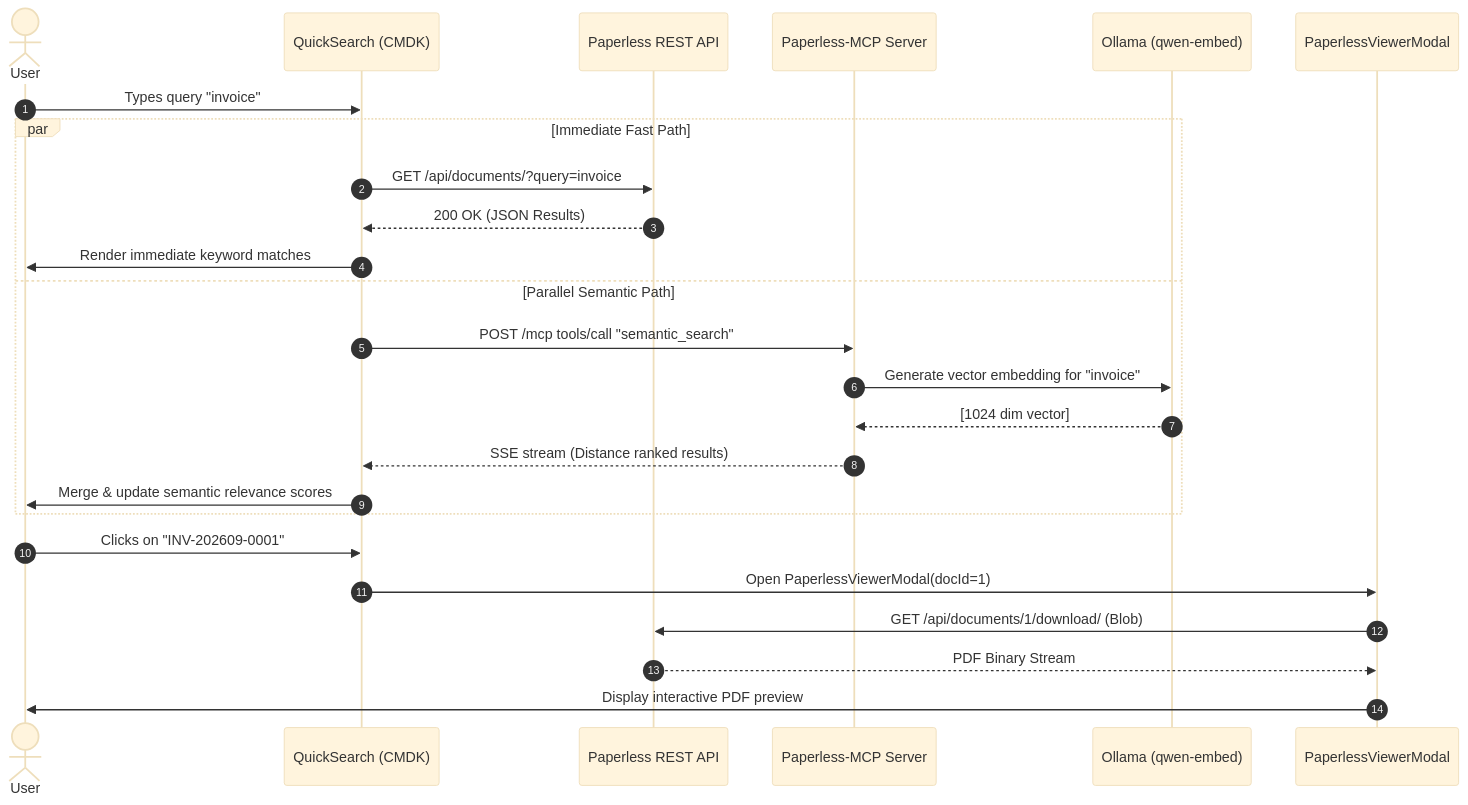
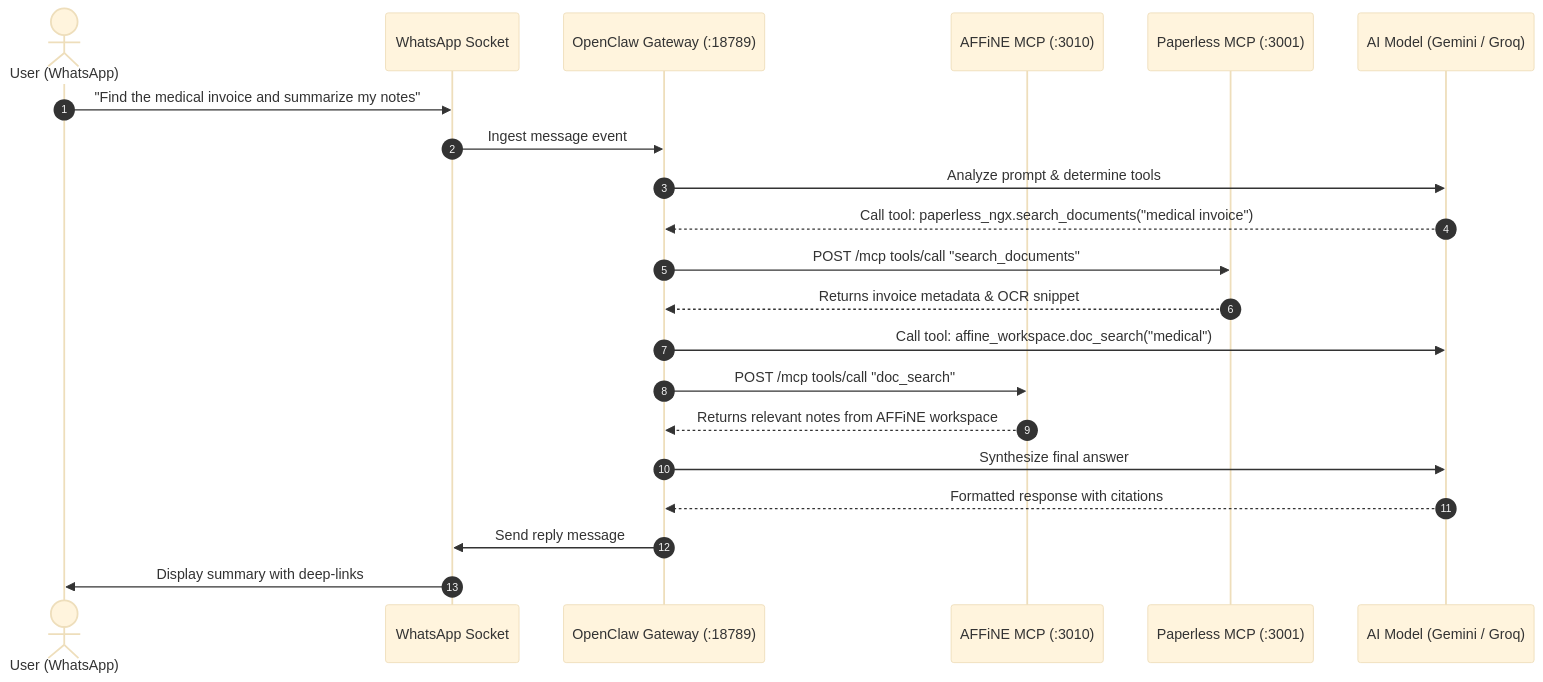
One commit to Brillian11/affine-brillian-patch changed the diagram in README.md. Above: the diagram before and after it, drawn with Mermaid (base theme). The commit also changed other lines of this file and 4 other files, not shown here.

Commit message:
feat: add multi-stack ecosystem (WhatsApp, OpenClaw, AFFiNE MCP, Docker & Systemd)

````diff
--- a/README.md
+++ b/README.md
@@ -128,29 +154,24 @@
 ```mermaid
 sequenceDiagram
     autonumber
-    actor User
-    participant CMDK as QuickSearch (CMDK)
-    participant REST as Paperless REST API
-    participant MCP as Paperless-MCP Server
-    participant Ollama as Ollama (qwen-embed)
-    participant Viewer as PaperlessViewerModal
+    actor User as User (WhatsApp)
+    participant WA as WhatsApp Socket
+    participant OC as OpenClaw Gateway (:18789)
+    participant MCP_AFF as AFFiNE MCP (:3010)
+    participant MCP_PAP as Paperless MCP (:3001)
+    participant LLM as AI Model (Gemini / Groq)
 
-    User->>CMDK: Types query "invoice"
-    par Immediate Fast Path
-        CMDK->>REST: GET /api/documents/?query=invoice
-        REST-->>CMDK: 200 OK (JSON Results)
-        CMDK->>User: Render immediate keyword matches
-    and Parallel Semantic Path
-        CMDK->>MCP: POST /mcp tools/call "semantic_search"
-        MCP->>Ollama: Generate vector embedding for "invoice"
-        Ollama-->>MCP: [1024 dim vector]
-        MCP-->>CMDK: SSE stream (Distance ranked results)
-        CMDK->>User: Merge & update semantic relevance scores
-    end
-
-    User->>CMDK: Clicks on "INV-202609-0001"
-    CMDK->>Viewer: Open PaperlessViewerModal(docId=1)
-    Viewer->>REST: GET /api/documents/1/download/ (Blob)
-    REST-->>Viewer: PDF Binary Stream
-    Viewer->>User: Display interactive PDF preview
+    User->>WA: "Find the medical invoice and summarize my notes"
+    WA->>OC: Ingest message event
+    OC->>LLM: Analyze prompt & determine tools
+    LLM-->>OC: Call tool: paperless_ngx.search_documents("medical invoice")
+    OC->>MCP_PAP: POST /mcp tools/call "search_documents"
+    MCP_PAP-->>OC: Returns invoice metadata & OCR snippet
+    OC->>LLM: Call tool: affine_workspace.doc_search("medical")
+    OC->>MCP_AFF: POST /mcp tools/call "doc_search"
+    MCP_AFF-->>OC: Returns relevant notes from AFFiNE workspace
+    OC->>LLM: Synthesize final answer
+    LLM-->>OC: Formatted response with citations
+    OC->>WA: Send reply message
+    WA->>User: Display summary with deep-links
 ```
````
